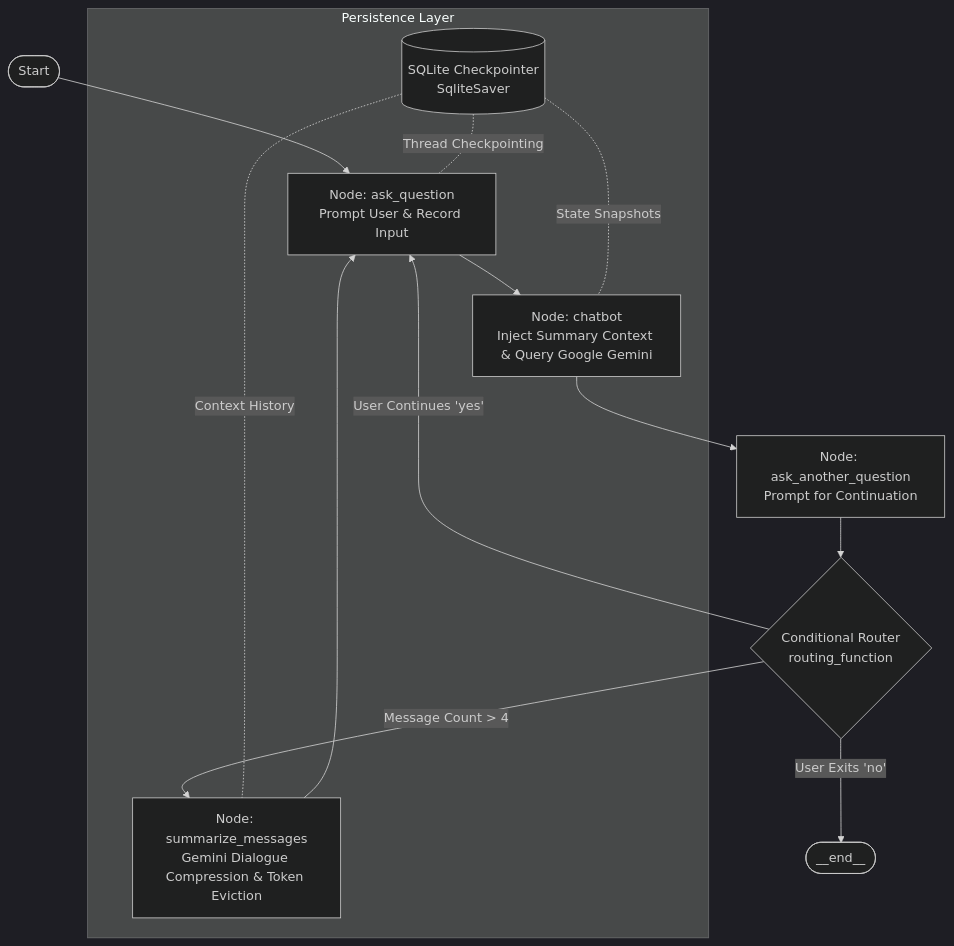
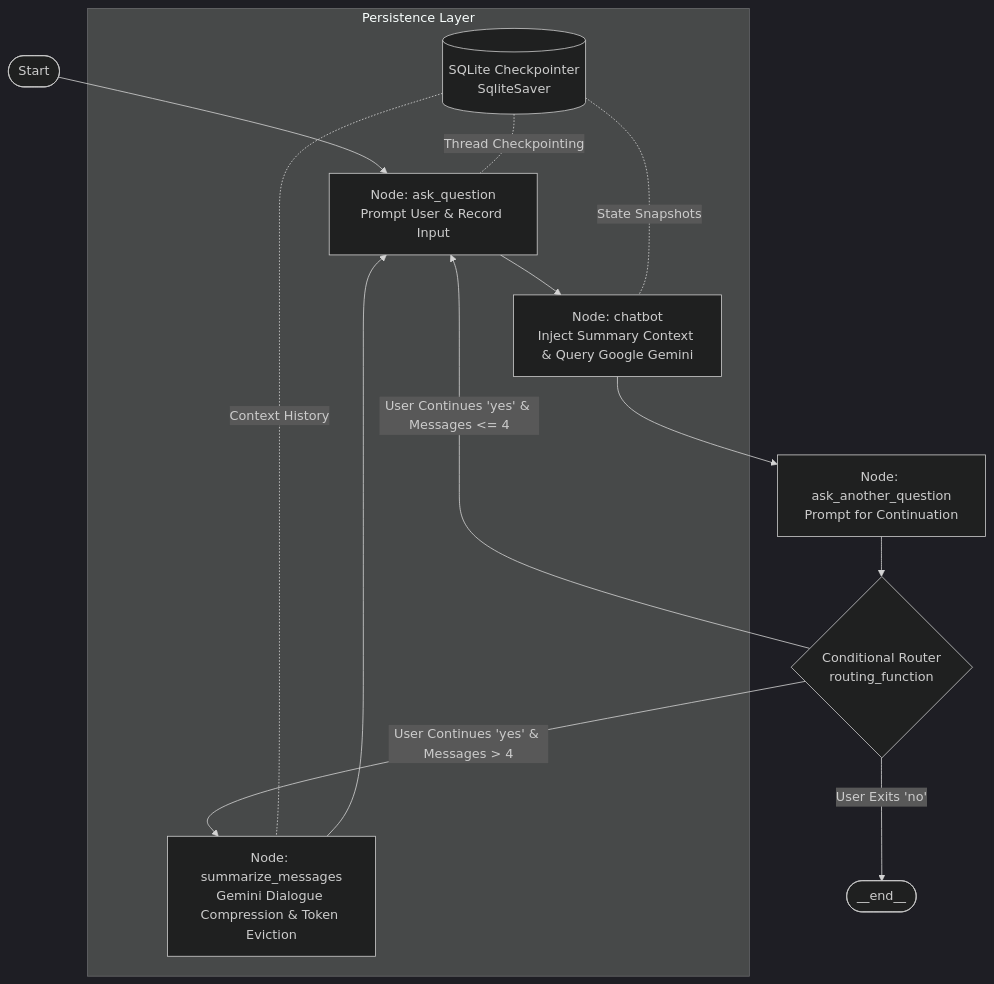
Before and after one commit to burraq-e-mohammad/langgraph-stateful-agent-memory: the diagram in README.md, drawn with Mermaid (dark theme). The commit also changed 1 other file, not shown here.

Commit message:
fix: prioritize user exit intent in routing function over message count threshold

````diff
--- a/README.md
+++ b/README.md
@@ -27,20 +27,20 @@
 ```mermaid
 flowchart TD
     START([Start]) --> AskQ[Node: ask_question<br/>Prompt User & Record Input]
     AskQ --> Chatbot[Node: chatbot<br/>Inject Summary Context & Query Google Gemini]
     Chatbot --> AskAnother[Node: ask_another_question<br/>Prompt for Continuation]
     
     AskAnother --> Router{Conditional Router<br/>routing_function}
     
-    Router -- Message Count > 4 --> Summarize[Node: summarize_messages<br/>Gemini Dialogue Compression & Token Eviction]
-    Router -- User Continues 'yes' --> AskQ
     Router -- User Exits 'no' --> END([__end__])
+    Router -- User Continues 'yes' & Messages > 4 --> Summarize[Node: summarize_messages<br/>Gemini Dialogue Compression & Token Eviction]
+    Router -- User Continues 'yes' & Messages <= 4 --> AskQ
     
     Summarize --> AskQ
     
     subgraph Persistence Layer
         DB[(SQLite Checkpointer<br/>SqliteSaver)] -. Thread Checkpointing .- AskQ
         DB -. State Snapshots .- Chatbot
         DB -. Context History .- Summarize
     end
 ```
````
